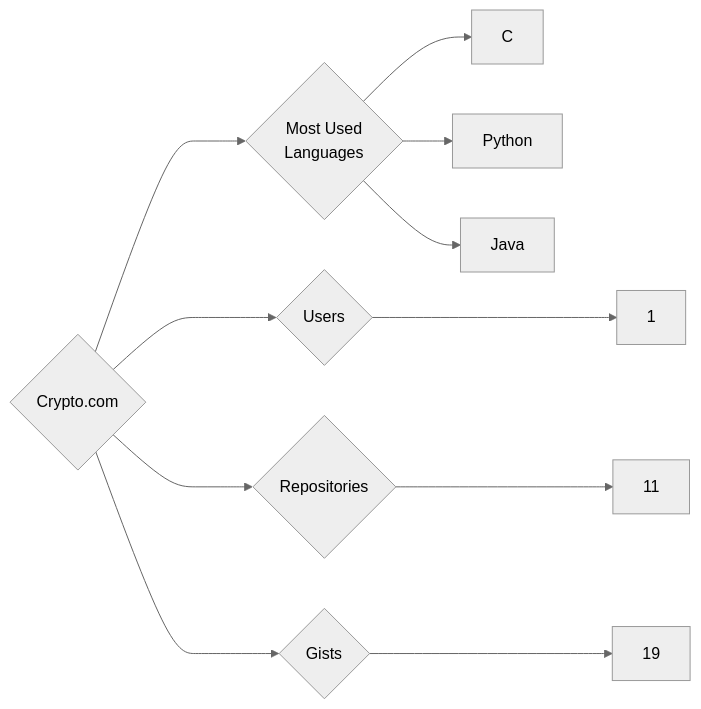
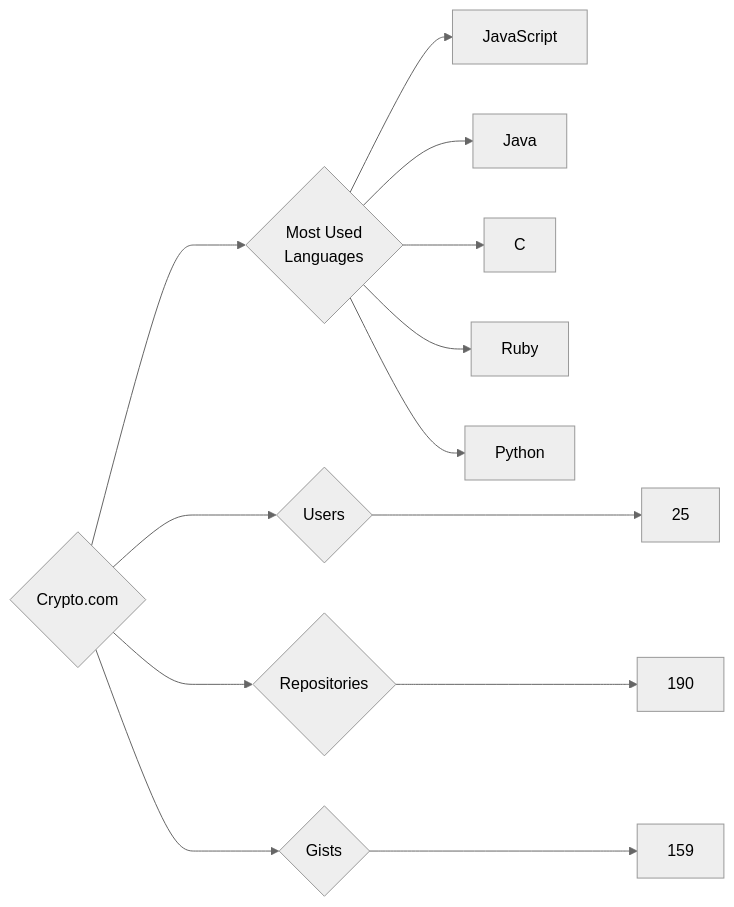
The diagram in targets/Crypto.com/README.md (trickest/insiders), drawn with Mermaid (neutral theme) before and after one commit. The commit also changed 826 other files, not shown here.

````diff
--- a/targets/Crypto.com/README.md
+++ b/targets/Crypto.com/README.md
@@ -3,11 +3,13 @@
 ```mermaid
 graph LR
 COMPANY_NAME{Crypto.com}
-COMPANY_NAME ---> U{Users} ---> UN[1]
-COMPANY_NAME ---> R{Repositories} ---> RN[11]
-COMPANY_NAME ---> G{Gists} ---> GN[19]
+COMPANY_NAME ---> U{Users} ---> UN[25]
+COMPANY_NAME ---> R{Repositories} ---> RN[190]
+COMPANY_NAME ---> G{Gists} ---> GN[159]
 COMPANY_NAME ---> ML{Most Used<br>Languages}
+ML --> JavaScript[JavaScript]
+ML --> Java[Java]
 ML --> C[C]
+ML --> Ruby[Ruby]
 ML --> Python[Python]
-ML --> Java[Java]
 ```
````
